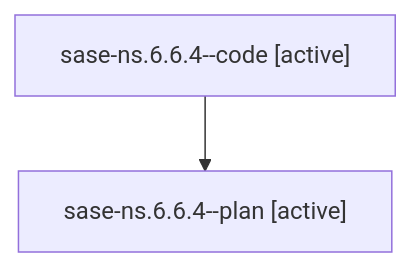
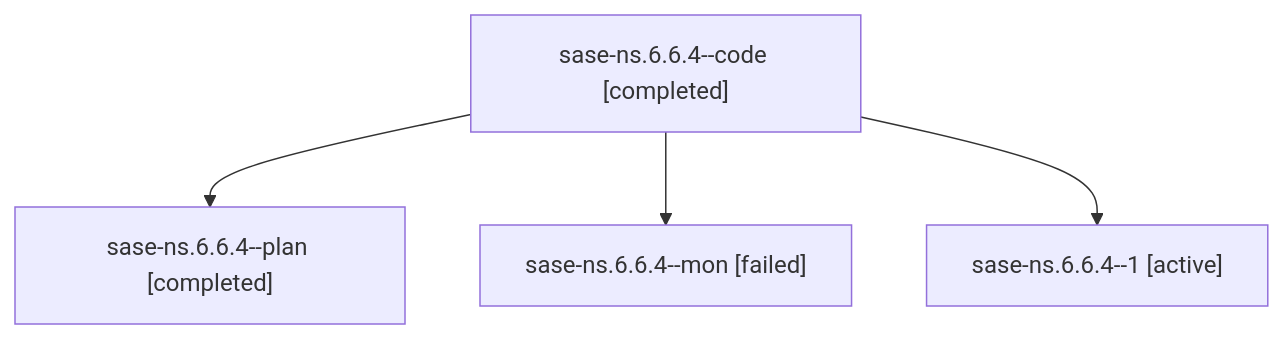
One commit to sase-org/sase--agents changed the diagram in families/bbugyi200.athena.sase-ns.6.6.4.md. Above: the diagram before and after it, drawn with Mermaid. The commit also changed other lines of this file and 85 other files, not shown here.

````diff
--- a/families/bbugyi200.athena.sase-ns.6.6.4.md
+++ b/families/bbugyi200.athena.sase-ns.6.6.4.md
@@ -9,6 +9,10 @@
 ```mermaid
 flowchart TD
-  n0["sase-ns.6.6.4--code [active]"]
-  n1["sase-ns.6.6.4--plan [active]"]
+  n0["sase-ns.6.6.4--code [completed]"]
+  n1["sase-ns.6.6.4--plan [completed]"]
   n0 --> n1
+  n2["sase-ns.6.6.4--mon [failed]"]
+  n0 --> n2
+  n3["sase-ns.6.6.4--1 [active]"]
+  n0 --> n3
 ```
````
